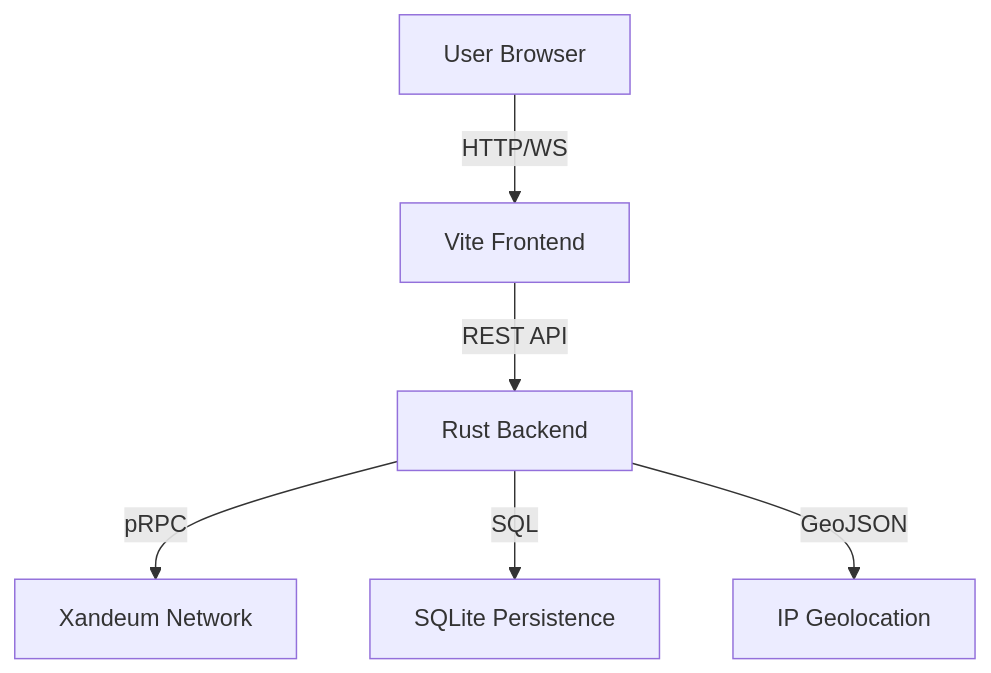
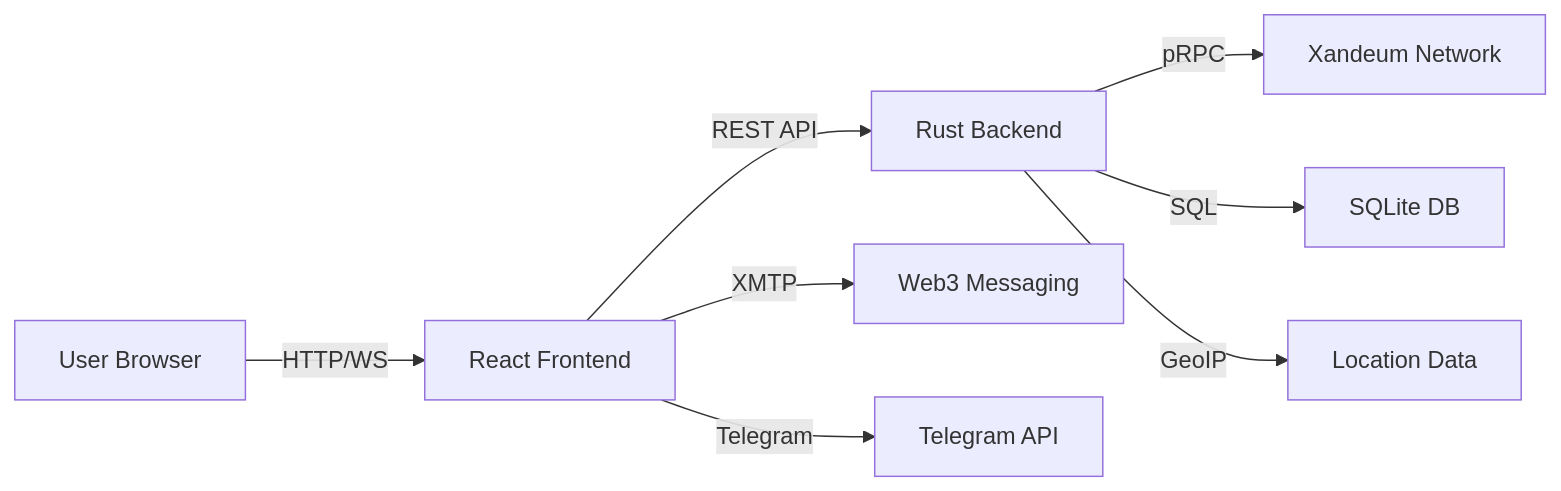
Before and after one commit to Ndifreke000/xandeum-observer: the diagram in README.md, drawn with Mermaid. The commit also changed other lines of this file and 1 other file, not shown here.

````diff
--- a/README.md
+++ b/README.md
@@ -52,8 +254,10 @@
 ```mermaid
-graph TD
-    A[User Browser] -->|HTTP/WS| B[Vite Frontend]
+graph LR
+    A[User Browser] -->|HTTP/WS| B[React Frontend]
     B -->|REST API| C[Rust Backend]
     C -->|pRPC| D[Xandeum Network]
-    C -->|SQL| E[SQLite Persistence]
-    C -->|GeoJSON| F[IP Geolocation]
+    C -->|SQL| E[SQLite DB]
+    C -->|GeoIP| F[Location Data]
+    B -->|XMTP| G[Web3 Messaging]
+    B -->|Telegram| H[Telegram API]
 ```
````
